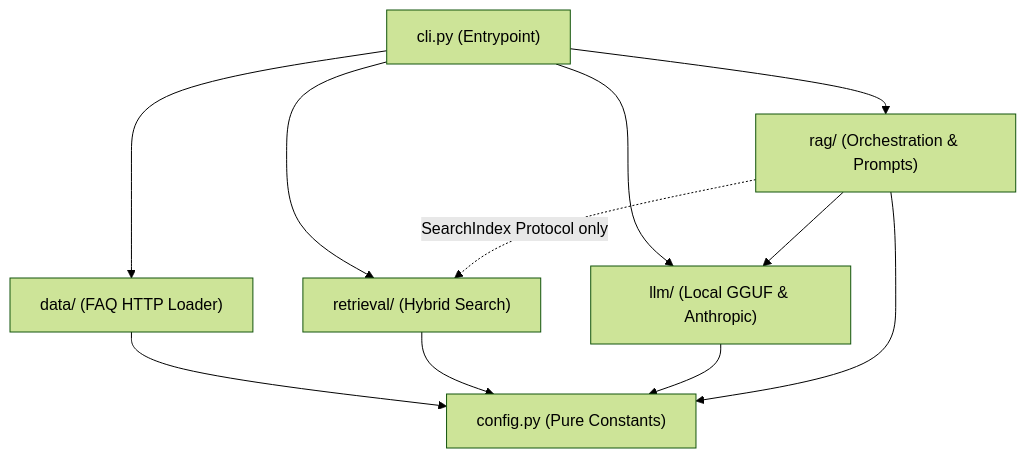
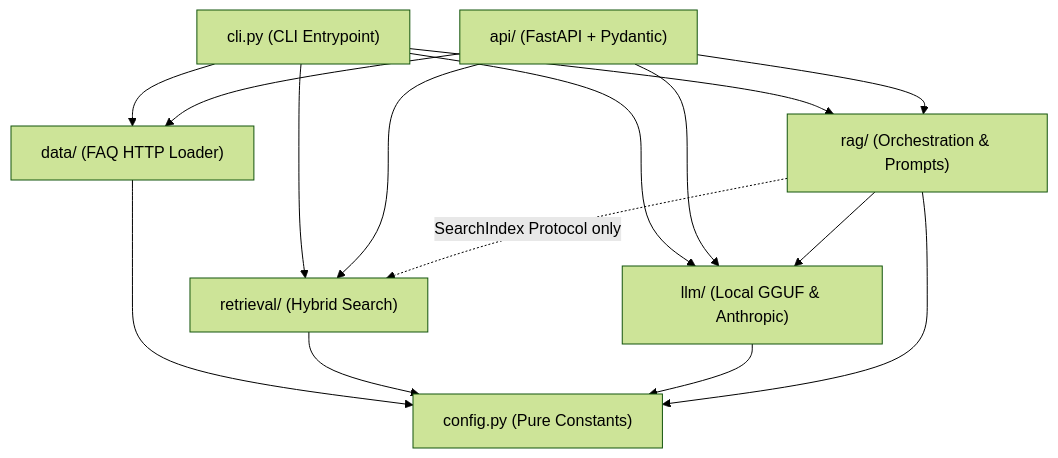
One commit to busma-tech/llm-rag-faq changed the diagram in README.md. Above: the diagram before and after it, drawn with Mermaid (forest theme). The commit also changed other lines of this file and 35 other files, not shown here.

First line of the commit message:
Add FastAPI/Pydantic chat API and MUI React frontend

````diff
--- a/README.md
+++ b/README.md
@@ -26,13 +26,17 @@
 ```mermaid
 flowchart TB
-    cli["cli.py (Entrypoint)"] --> rag["rag/ (Orchestration & Prompts)"]
+    cli["cli.py (CLI Entrypoint)"] --> rag["rag/ (Orchestration & Prompts)"]
     cli --> data["data/ (FAQ HTTP Loader)"]
     cli --> retrieval["retrieval/ (Hybrid Search)"]
     cli --> llm["llm/ (Local GGUF & Anthropic)"]
+    api["api/ (FastAPI + Pydantic)"] --> rag
+    api --> data
+    api --> retrieval
+    api --> llm
     rag --> llm
     rag -.->|"SearchIndex Protocol only"| retrieval
     data --> config["config.py (Pure Constants)"]
     retrieval --> config
     llm --> config
     rag --> config
 ```
````
